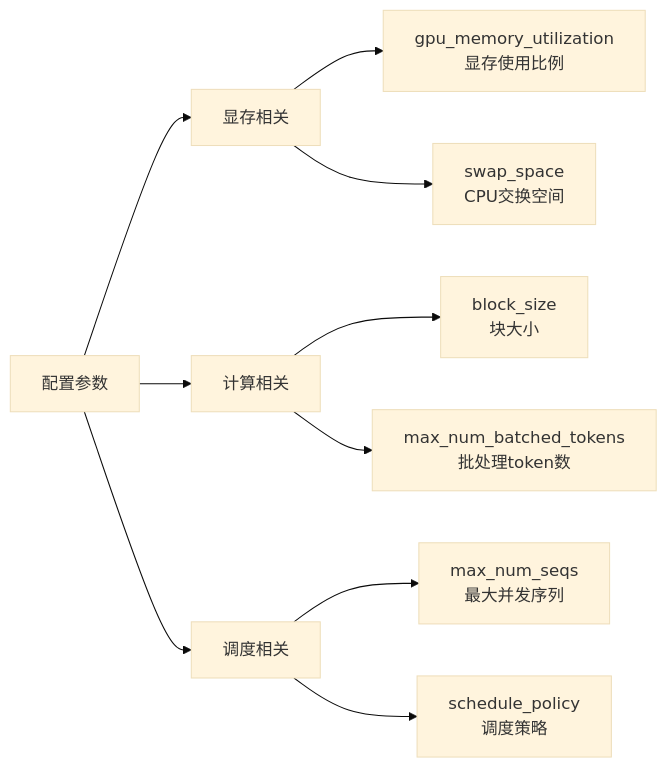
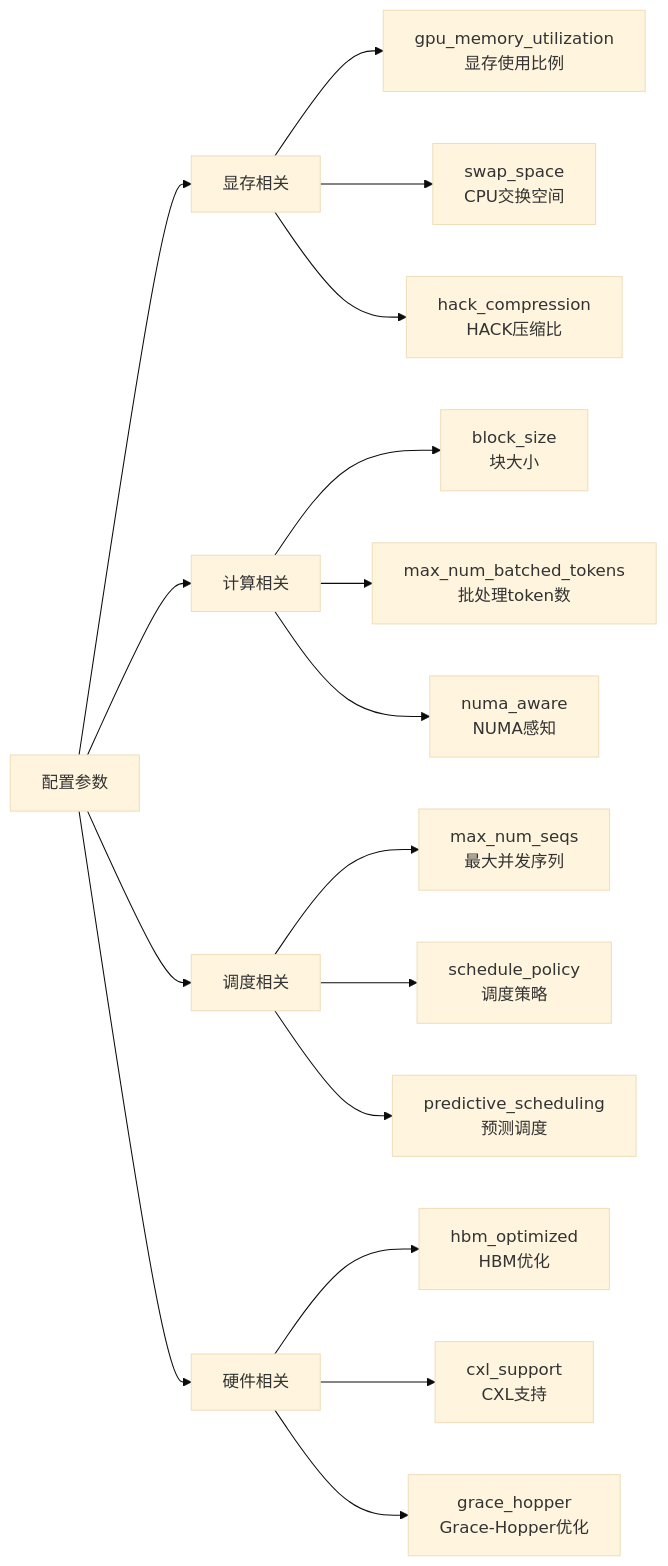
Diagram 12 of 13 in learning/website/docs/basics/16-memory-management.md (Xunzhuo/mini-sglang), drawn with Mermaid (base theme) before and after one commit. The commit also changed other lines of this file and 9 other files, not shown here.

````diff
--- a/learning/website/docs/basics/16-memory-management.md
+++ b/learning/website/docs/basics/16-memory-management.md
@@ -448,15 +589,23 @@
 ```mermaid
 graph LR
     Config[配置参数] --> Memory[显存相关]
     Config --> Compute[计算相关]
     Config --> Scheduling[调度相关]
+    Config --> Hardware[硬件相关]
     
     Memory --> M1[gpu_memory_utilization<br/>显存使用比例]
     Memory --> M2[swap_space<br/>CPU交换空间]
+    Memory --> M3[hack_compression<br/>HACK压缩比]
     
     Compute --> C1[block_size<br/>块大小]
     Compute --> C2[max_num_batched_tokens<br/>批处理token数]
+    Compute --> C3[numa_aware<br/>NUMA感知]
     
     Scheduling --> S1[max_num_seqs<br/>最大并发序列]
     Scheduling --> S2[schedule_policy<br/>调度策略]
+    Scheduling --> S3[predictive_scheduling<br/>预测调度]
+    
+    Hardware --> H1[hbm_optimized<br/>HBM优化]
+    Hardware --> H2[cxl_support<br/>CXL支持]
+    Hardware --> H3[grace_hopper<br/>Grace-Hopper优化]
 ```
````
